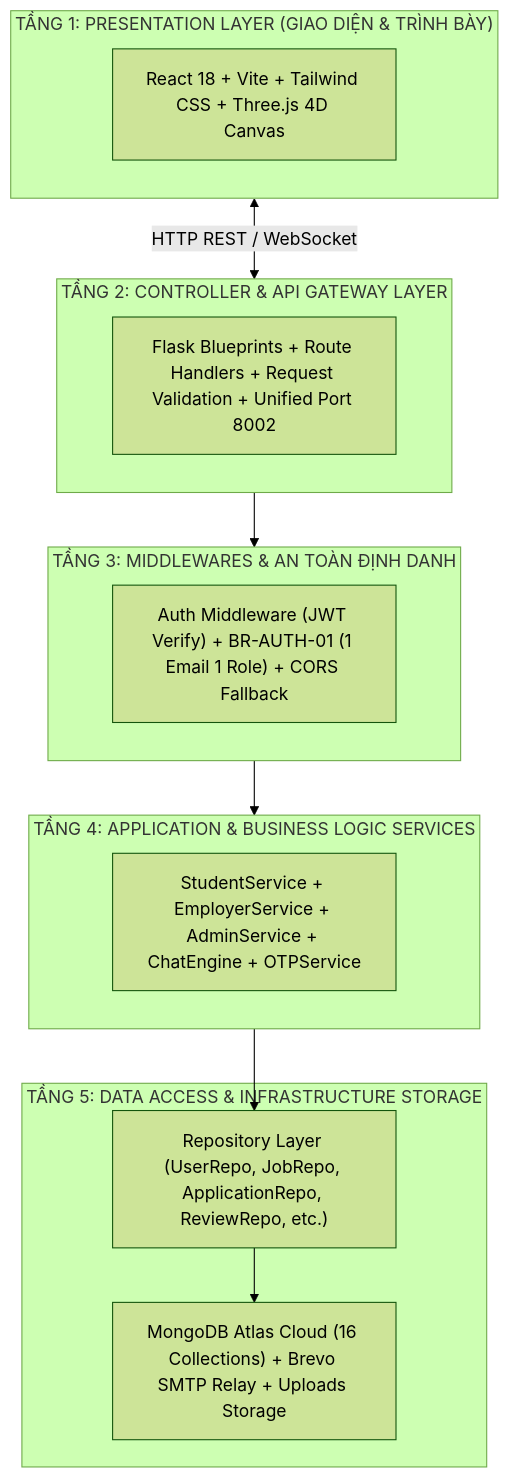
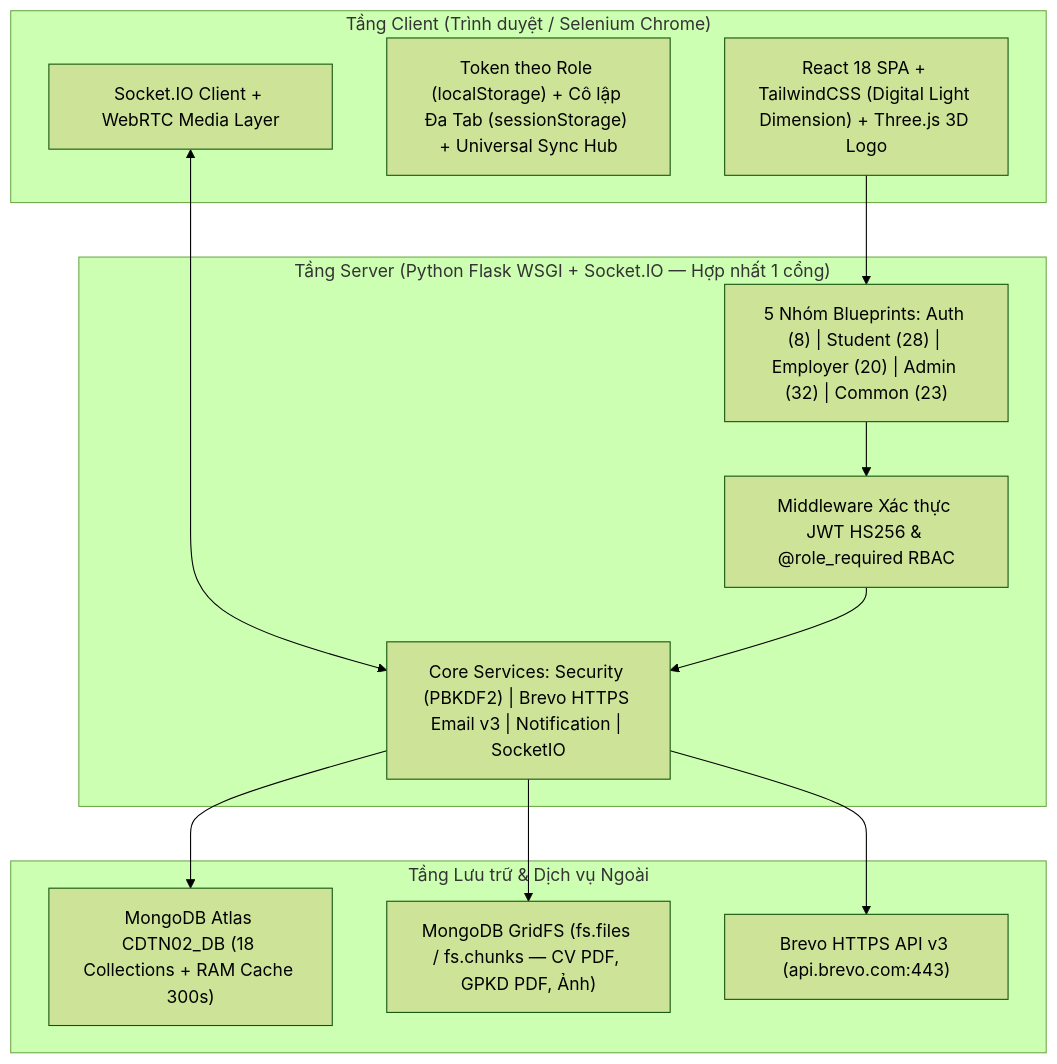
Before and after one commit to Johnny120905/CDTN02: the third of 5 diagrams in tailieu/bailam/noidung.md, drawn with Mermaid (forest theme). The commit also changed other lines of this file and 15 other files, not shown here.

````diff
--- a/tailieu/bailam/noidung.md
+++ b/tailieu/bailam/noidung.md
@@ -158,25 +732,27 @@
 ```mermaid
-flowchart TD
-    subgraph T1["TẦNG 1: PRESENTATION LAYER (GIAO DIỆN & TRÌNH BÀY)"]
-        UI["React 18 + Vite + Tailwind CSS + Three.js 4D Canvas"]
-    end
-    subgraph T2["TẦNG 2: CONTROLLER & API GATEWAY LAYER"]
-        GW["Flask Blueprints + Route Handlers + Request Validation + Unified Port 8002"]
-    end
-    subgraph T3["TẦNG 3: MIDDLEWARES & AN TOÀN ĐỊNH DANH"]
-        MID["Auth Middleware (JWT Verify) + BR-AUTH-01 (1 Email 1 Role) + CORS Fallback"]
-    end
-    subgraph T4["TẦNG 4: APPLICATION & BUSINESS LOGIC SERVICES"]
-        SVC["StudentService + EmployerService + AdminService + ChatEngine + OTPService"]
-    end
-    subgraph T5["TẦNG 5: DATA ACCESS & INFRASTRUCTURE STORAGE"]
-        DAL["Repository Layer (UserRepo, JobRepo, ApplicationRepo, ReviewRepo, etc.)"]
-        INFRA["MongoDB Atlas Cloud (16 Collections) + Brevo SMTP Relay + Uploads Storage"]
+flowchart TB
+    subgraph Client["Tầng Client (Trình duyệt / Selenium Chrome)"]
+        UI["React 18 SPA + TailwindCSS (Digital Light Dimension) + Three.js 3D Logo"]
+        State["Token theo Role (localStorage) + Cô lập Đa Tab (sessionStorage) + Universal Sync Hub"]
+        RTClient["Socket.IO Client + WebRTC Media Layer"]
     end
 
-    T1 <-->|HTTP REST / WebSocket| T2
-    T2 --> T3
-    T3 --> T4
-    T4 --> DAL
-    DAL --> INFRA
+    subgraph Server["Tầng Server (Python Flask WSGI + Socket.IO — Hợp nhất 1 cổng)"]
+        MW["Middleware Xác thực JWT HS256 & @role_required RBAC"]
+        Routes["5 Nhóm Blueprints: Auth (8) | Student (28) | Employer (20) | Admin (32) | Common (23)"]
+        Core["Core Services: Security (PBKDF2) | Brevo HTTPS Email v3 | Notification | SocketIO"]
+    end
+
+    subgraph Data["Tầng Lưu trữ & Dịch vụ Ngoài"]
+        Atlas["MongoDB Atlas CDTN02_DB (18 Collections + RAM Cache 300s)"]
+        GridFS["MongoDB GridFS (fs.files / fs.chunks — CV PDF, GPKD PDF, Ảnh)"]
+        Brevo["Brevo HTTPS API v3 (api.brevo.com:443)"]
+    end
+
+    UI --> Routes
+    RTClient <--> Core
+    Routes --> MW --> Core
+    Core --> Atlas
+    Core --> GridFS
+    Core --> Brevo
 ```
````
